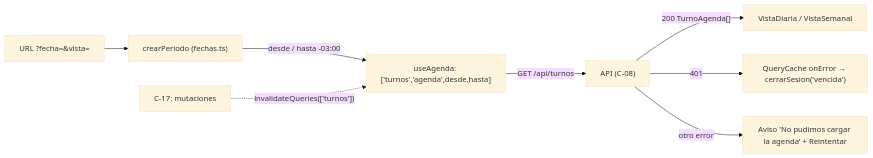
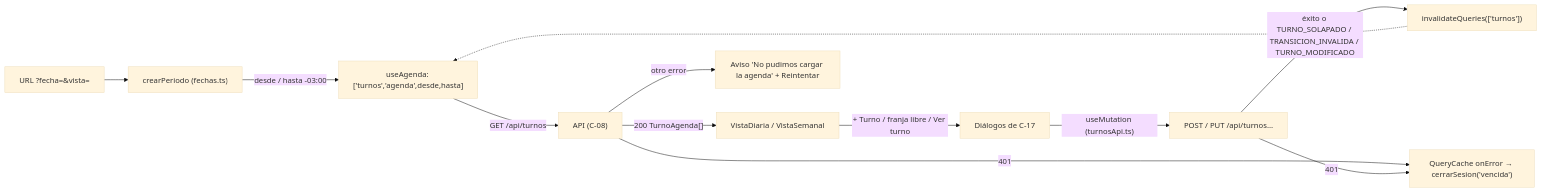
One commit to CoriaMartin/turnos-odontologia changed the diagram in frontend/src/features/agenda/README.md. Above: the diagram before and after it, drawn with Mermaid (base theme). The commit also changed other lines of this file and 32 other files, not shown here.

````diff
--- a/frontend/src/features/agenda/README.md
+++ b/frontend/src/features/agenda/README.md
@@ -19,10 +36,14 @@
 ```mermaid
 flowchart LR
   U["URL ?fecha=&vista="] --> P["crearPeriodo (fechas.ts)"]
   P -- "desde / hasta -03:00" --> Q["useAgenda: ['turnos','agenda',desde,hasta]"]
   Q -- "GET /api/turnos" --> A["API (C-08)"]
   A -- "200 TurnoAgenda[]" --> V["VistaDiaria / VistaSemanal"]
   A -- "401" --> S["QueryCache onError → cerrarSesion('vencida')"]
   A -- "otro error" --> E["Aviso 'No pudimos cargar la agenda' + Reintentar"]
-  C17["C-17: mutaciones"] -. "invalidateQueries(['turnos'])" .-> Q
+  V -- "+ Turno / franja libre / Ver turno" --> D["Diálogos de C-17"]
+  D -- "useMutation (turnosApi.ts)" --> M["POST / PUT /api/turnos…"]
+  M -- "éxito o TURNO_SOLAPADO / TRANSICION_INVALIDA / TURNO_MODIFICADO" --> I["invalidateQueries(['turnos'])"]
+  I -.-> Q
+  M -- "401" --> S
 ```
````
